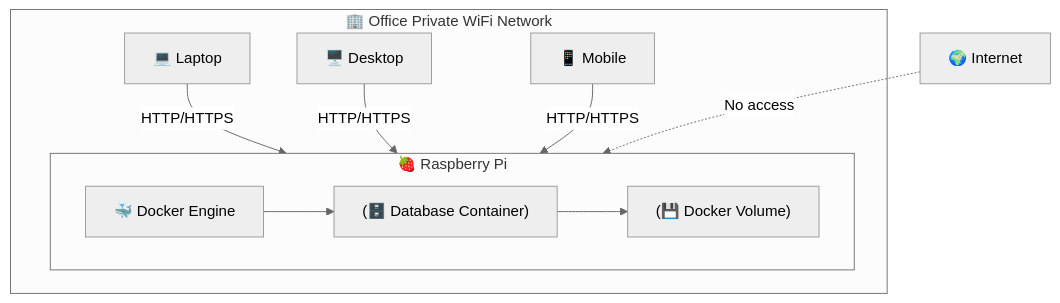
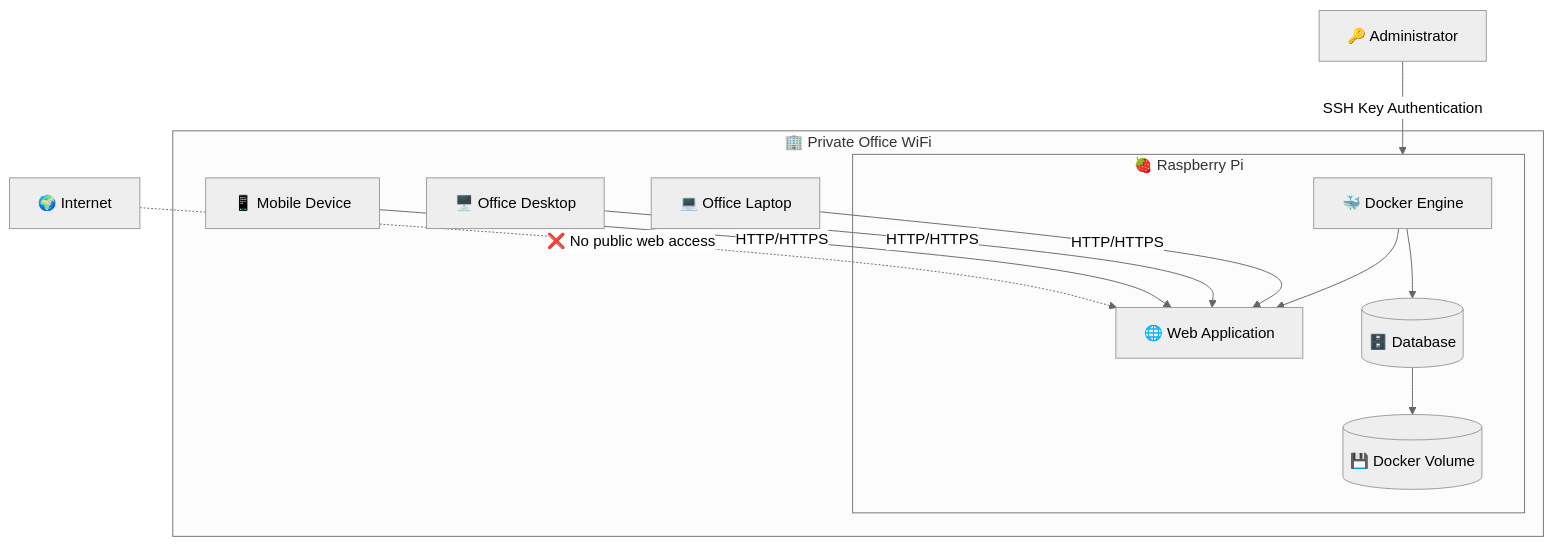
Before and after one commit to JoeSharp/strength-difficulties-questionnaire: the diagram in docs/data-governance.md, drawn with Mermaid (neutral theme).

Commit message:
show ssh access

````diff
--- a/docs/data-governance.md
+++ b/docs/data-governance.md
@@ -13,27 +13,31 @@
 ```mermaid
 flowchart TB
 
     Internet[🌍 Internet]
 
-    subgraph Office["🏢 Office Private WiFi Network"]
-        Laptop[💻 Laptop]
-        Desktop[🖥️ Desktop]
-        Phone[📱 Mobile]
+    subgraph Office["🏢 Private Office WiFi"]
+        Laptop[💻 Office Laptop]
+        Desktop[🖥️ Office Desktop]
+        Phone[📱 Mobile Device]
 
         subgraph Pi["🍓 Raspberry Pi"]
             Docker[🐳 Docker Engine]
 
-            Volume["(💾 Docker Volume)"]
-            DB["(🗄️ Database Container)"]
+            Web[🌐 Web Application]
+            DB[(🗄️ Database)]
+            Volume[(💾 Docker Volume)]
 
+            Docker --> Web
             Docker --> DB
             DB --> Volume
         end
 
-        Laptop -->|HTTP/HTTPS| Pi
-        Desktop -->|HTTP/HTTPS| Pi
-        Phone -->|HTTP/HTTPS| Pi
+        Laptop -->|HTTP/HTTPS| Web
+        Desktop -->|HTTP/HTTPS| Web
+        Phone -->|HTTP/HTTPS| Web
     end
 
-    Internet -.->|No access| Pi
+    Internet -.->|❌ No public web access| Web
+
+    Admin[🔑 Administrator] -->|SSH Key Authentication| Pi
 ```
````
